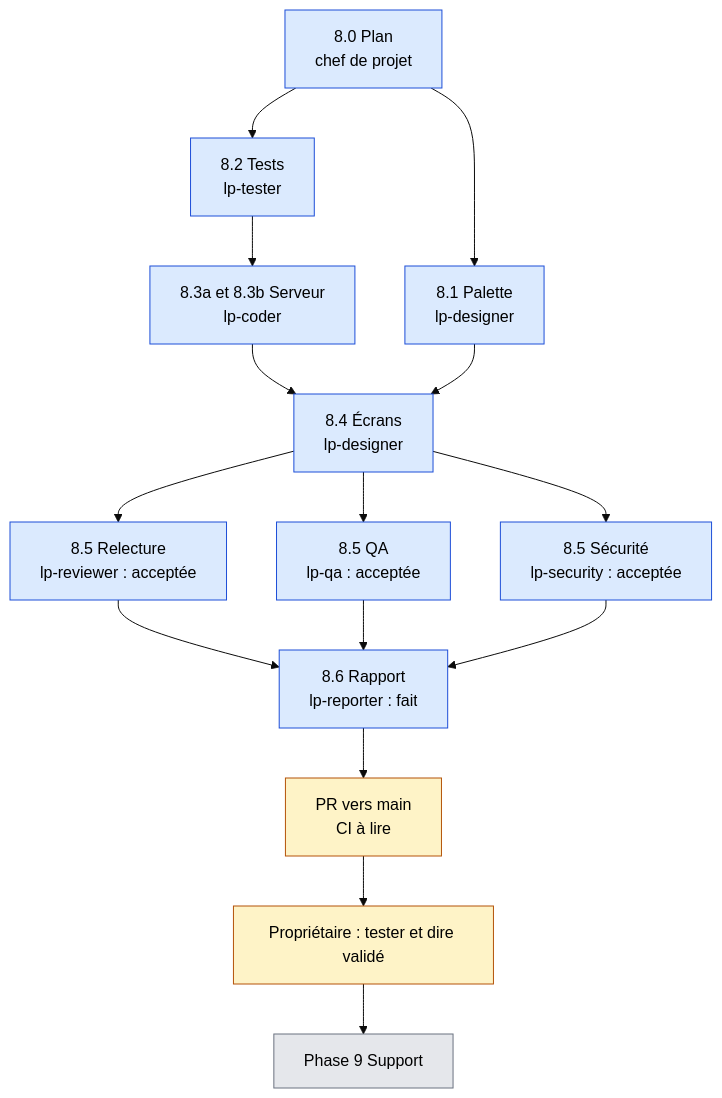
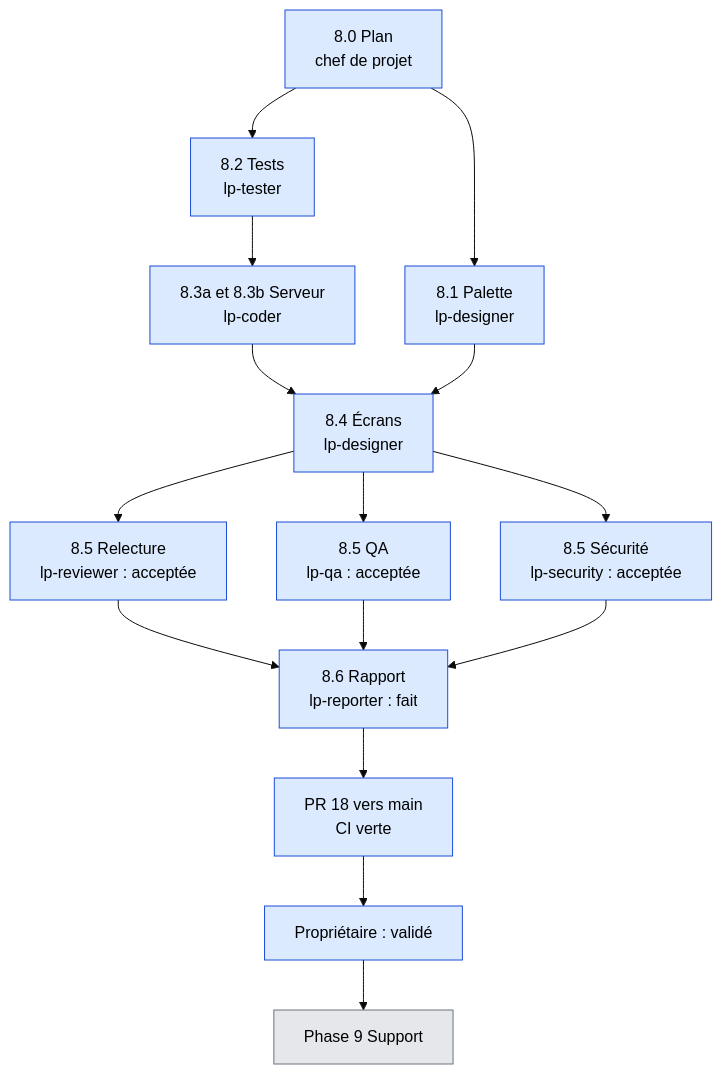
Before and after one commit to lyon32/lyonpanel: the fourth of 5 diagrams in docs/reports/TABLEAU-DE-BORD.md, drawn with Mermaid (base theme). The commit also changed other lines of this file and 10 other files, not shown here.

````diff
--- a/docs/reports/TABLEAU-DE-BORD.md
+++ b/docs/reports/TABLEAU-DE-BORD.md
@@ -90,23 +89,22 @@
 ```mermaid
 flowchart TD
   T0["8.0 Plan<br/>chef de projet"] --> T1["8.2 Tests<br/>lp-tester"]
   T0 --> T8["8.1 Palette<br/>lp-designer"]
   T1 --> T3["8.3a et 8.3b Serveur<br/>lp-coder"]
   T3 --> T4["8.4 Écrans<br/>lp-designer"]
   T8 --> T4
   T4 --> R["8.5 Relecture<br/>lp-reviewer : acceptée"]
   T4 --> Q["8.5 QA<br/>lp-qa : acceptée"]
   T4 --> S["8.5 Sécurité<br/>lp-security : acceptée"]
   R --> RP["8.6 Rapport<br/>lp-reporter : fait"]
   Q --> RP
   S --> RP
-  RP --> PR["PR vers main<br/>CI à lire"]
-  PR --> OWN["Propriétaire : tester et dire validé"]
+  RP --> PR["PR 18 vers main<br/>CI verte"]
+  PR --> OWN["Propriétaire : validé"]
   OWN --> NEXT["Phase 9 Support"]
   classDef fait fill:#DBEAFE,stroke:#1D4ED8,color:#000
   classDef attente fill:#FEF3C7,stroke:#B45309,color:#000
   classDef afaire fill:#E5E7EB,stroke:#6B7280,color:#000
-  class T0,T1,T3,T4,T8,R,Q,S,RP fait
-  class PR,OWN attente
+  class T0,T1,T3,T4,T8,R,Q,S,RP,PR,OWN fait
   class NEXT afaire
 ```
````
